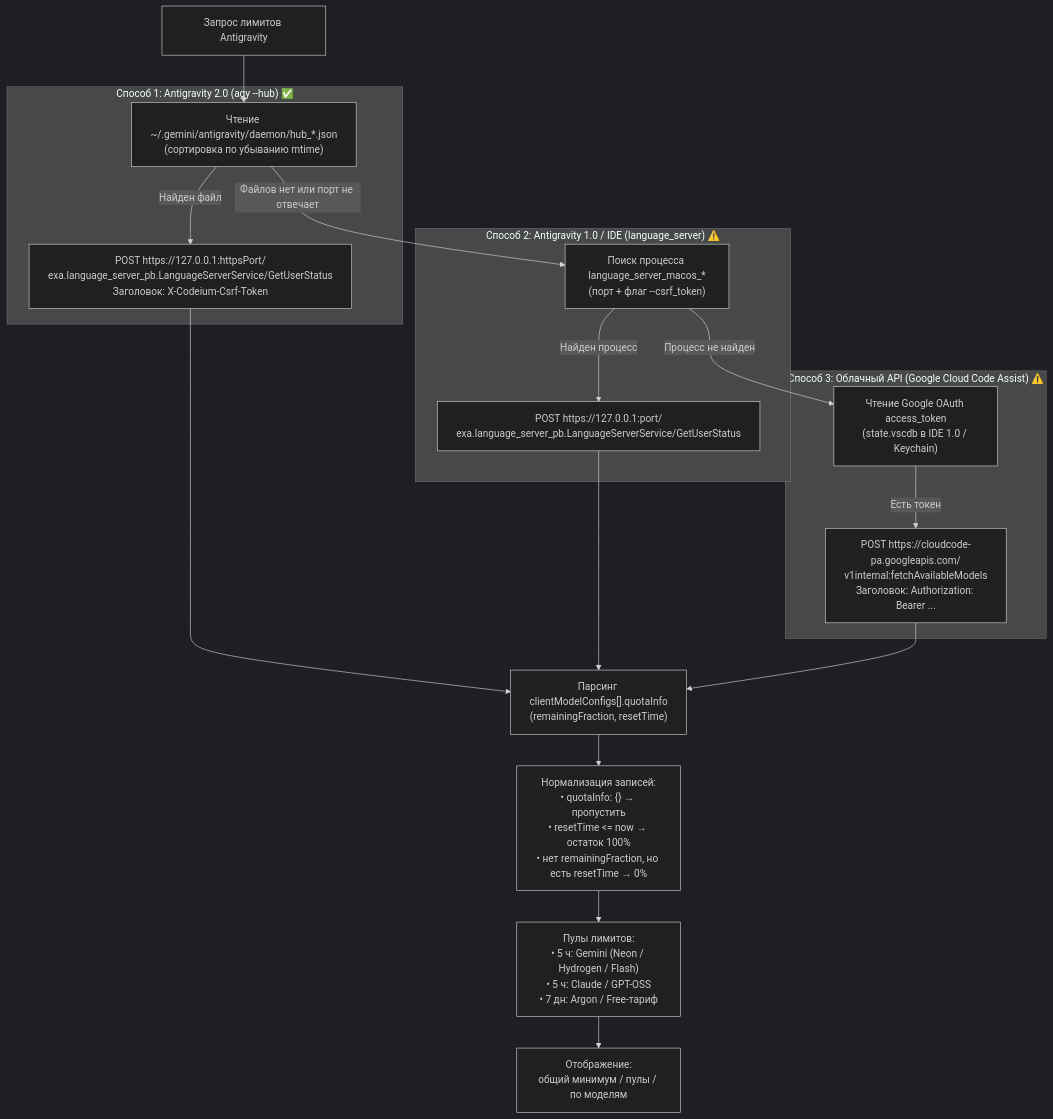
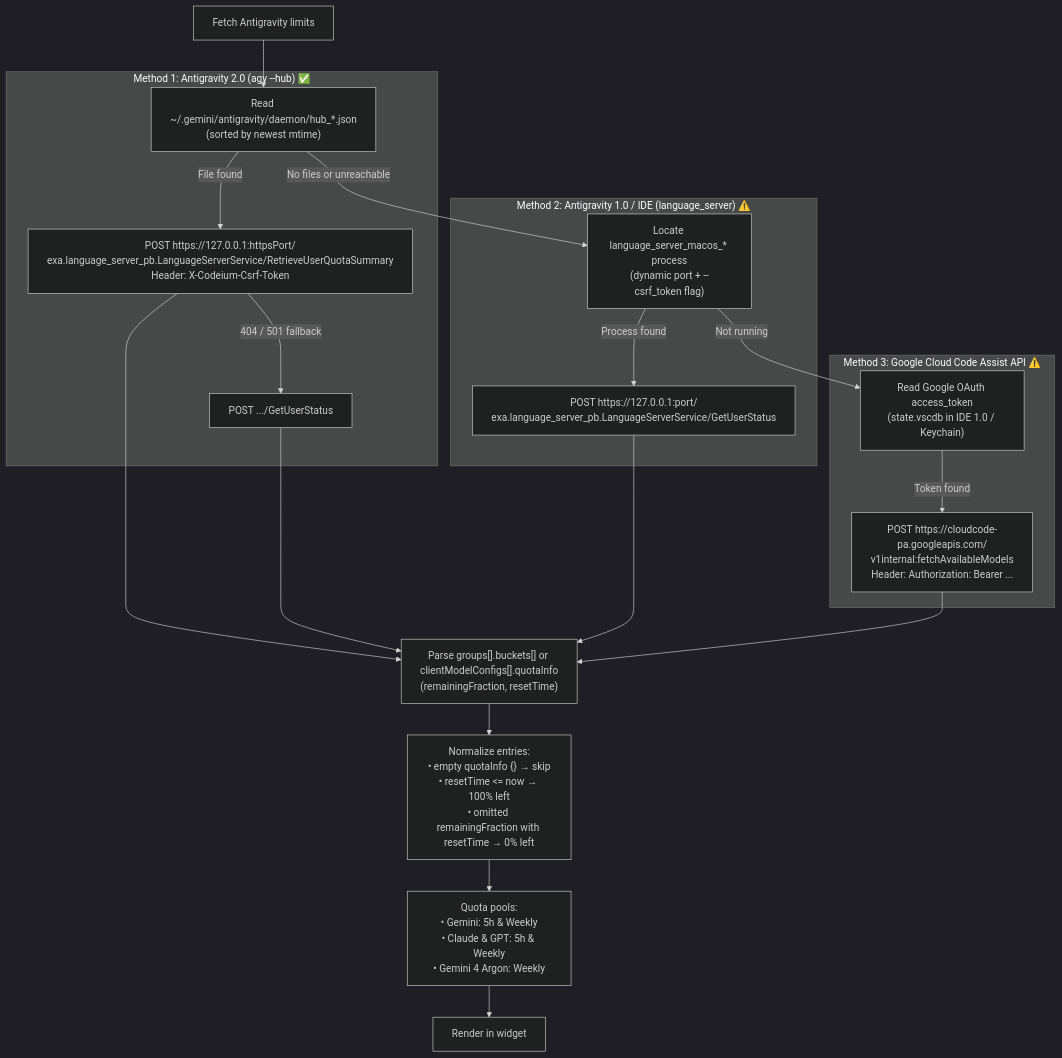
The diagram in antigravity-limits.md (DmitriyRud/limits-widget), drawn with Mermaid (dark theme) before and after one commit. The commit also changed other lines of this file and 23 other files, not shown here.

Commit message:
feat: add 11-language localization, official Antigravity logo, and English docs

````diff
--- a/antigravity-limits.md
+++ b/antigravity-limits.md
@@ -10,30 +10,32 @@
 ```mermaid
 flowchart TD
-    Start["Запрос лимитов Antigravity"] --> M1
+    Start["Fetch Antigravity limits"] --> M1
 
-    subgraph Local2["Способ 1: Antigravity 2.0 (agy --hub) ✅"]
-        M1["Чтение ~/.gemini/antigravity/daemon/hub_*.json\n(сортировка по убыванию mtime)"]
-        M1 -->|Найден файл| M1Req["POST https://127.0.0.1:httpsPort/\nexa.language_server_pb.LanguageServerService/GetUserStatus\nЗаголовок: X-Codeium-Csrf-Token"]
+    subgraph Local2["Method 1: Antigravity 2.0 (agy --hub) ✅"]
+        M1["Read ~/.gemini/antigravity/daemon/hub_*.json\n(sorted by newest mtime)"]
+        M1 -->|File found| M1Req["POST https://127.0.0.1:httpsPort/\nexa.language_server_pb.LanguageServerService/RetrieveUserQuotaSummary\nHeader: X-Codeium-Csrf-Token"]
+        M1Req -->|404 / 501 fallback| M1Legacy["POST .../GetUserStatus"]
     end
 
-    subgraph Local1["Способ 2: Antigravity 1.0 / IDE (language_server) ⚠️"]
-        M2["Поиск процесса language_server_macos_*\n(порт + флаг --csrf_token)"]
-        M2 -->|Найден процесс| M2Req["POST https://127.0.0.1:port/\nexa.language_server_pb.LanguageServerService/GetUserStatus"]
+    subgraph Local1["Method 2: Antigravity 1.0 / IDE (language_server) ⚠️"]
+        M2["Locate language_server_macos_* process\n(dynamic port + --csrf_token flag)"]
+        M2 -->|Process found| M2Req["POST https://127.0.0.1:port/\nexa.language_server_pb.LanguageServerService/GetUserStatus"]
     end
 
-    subgraph Cloud["Способ 3: Облачный API (Google Cloud Code Assist) ⚠️"]
-        M3["Чтение Google OAuth access_token\n(state.vscdb в IDE 1.0 / Keychain)"]
-        M3 -->|Есть токен| M3Req["POST https://cloudcode-pa.googleapis.com/\nv1internal:fetchAvailableModels\nЗаголовок: Authorization: Bearer ..."]
+    subgraph Cloud["Method 3: Google Cloud Code Assist API ⚠️"]
+        M3["Read Google OAuth access_token\n(state.vscdb in IDE 1.0 / Keychain)"]
+        M3 -->|Token found| M3Req["POST https://cloudcode-pa.googleapis.com/\nv1internal:fetchAvailableModels\nHeader: Authorization: Bearer ..."]
     end
 
-    M1 -->|Файлов нет или порт не отвечает| M2
-    M2 -->|Процесс не найден| M3
+    M1 -->|No files or unreachable| M2
+    M2 -->|Not running| M3
 
-    M1Req --> Parse["Парсинг clientModelConfigs[].quotaInfo\n(remainingFraction, resetTime)"]
+    M1Req --> Parse["Parse groups[].buckets[] or clientModelConfigs[].quotaInfo\n(remainingFraction, resetTime)"]
+    M1Legacy --> Parse
     M2Req --> Parse
     M3Req --> Parse
 
-    Parse --> Filter["Нормализация записей:\n• quotaInfo: {} → пропустить\n• resetTime <= now → остаток 100%\n• нет remainingFraction, но есть resetTime → 0%"]
-    Filter --> Pools["Пулы лимитов:\n• 5 ч: Gemini (Neon / Hydrogen / Flash)\n• 5 ч: Claude / GPT-OSS\n• 7 дн: Argon / Free-тариф"]
-    Pools --> UI["Отображение:\nобщий минимум / пулы / по моделям"]
+    Parse --> Filter["Normalize entries:\n• empty quotaInfo {} → skip\n• resetTime <= now → 100% left\n• omitted remainingFraction with resetTime → 0% left"]
+    Filter --> Pools["Quota pools:\n• Gemini: 5h & Weekly\n• Claude & GPT: 5h & Weekly\n• Gemini 4 Argon: Weekly"]
+    Pools --> UI["Render in widget"]
 ```
````
